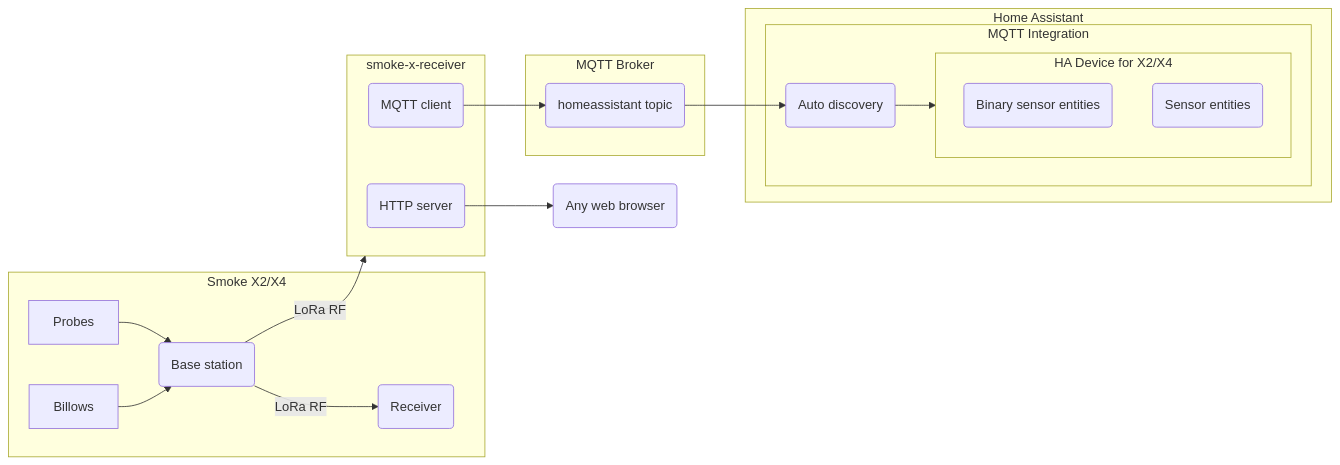
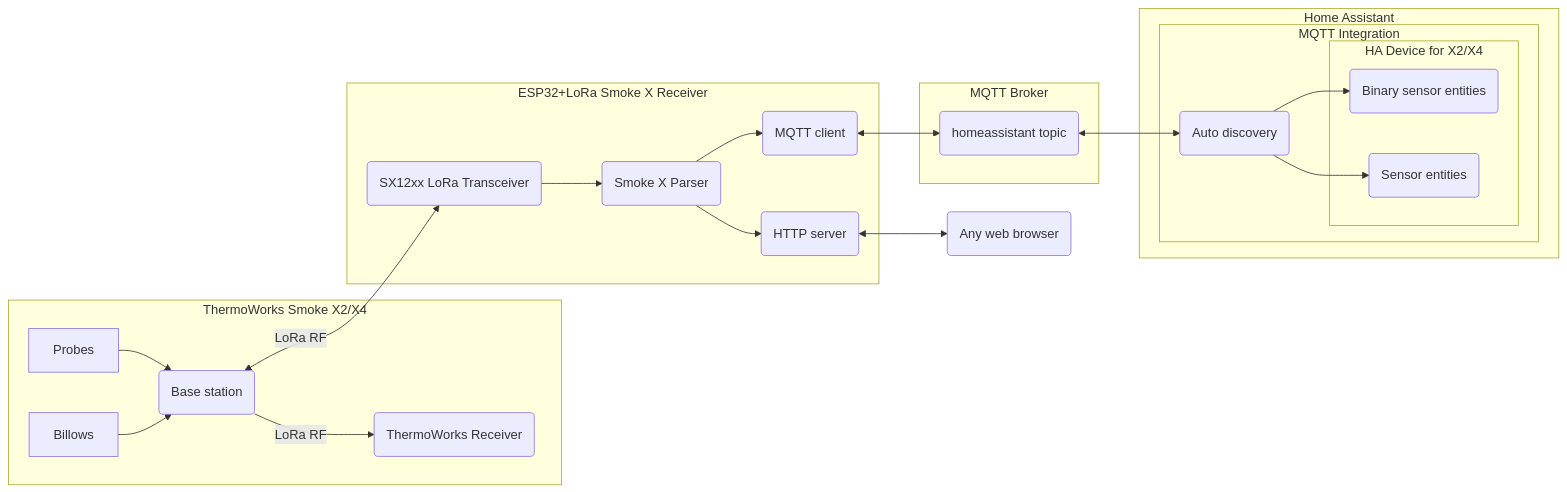
The diagram in README.md (G-Two/smoke-x-receiver), drawn with Mermaid before and after one commit. The commit also changed other lines of this file and 25 other files, not shown here.

````diff
--- a/README.md
+++ b/README.md
@@ -35,35 +36,37 @@
 ```mermaid
 flowchart LR
-  base -->|LoRa RF| esp32
-  mqclient --> mq
-  mq --> ha
-  web --> browser(Any web browser)
+  base <-->|LoRa RF| lora_sx12xx(SX12xx LoRa Transceiver)
+  mqclient <--> mq
+  mq <--> ha
+  web <--> browser(Any web browser)
 
-  subgraph Smoke X2/X4
-    Probes --> base(Base station) -->|LoRa RF| recv(Receiver)
+  subgraph ThermoWorks Smoke X2/X4
+    Probes --> base(Base station) -->|LoRa RF| recv(ThermoWorks Receiver)
     Billows --> base
   end
 
-  subgraph esp32 [smoke-x-receiver]
-    mqclient(MQTT client)
-    web(HTTP server)
+  subgraph esp32 [ESP32+LoRa Smoke X Receiver]
+    lora_sx12xx --> smoke_x_parser(Smoke X Parser)
+    smoke_x_parser --> mqclient(MQTT client)
+    smoke_x_parser --> web(HTTP server)
   end
 
   subgraph mqttb [MQTT Broker]
     mq(homeassistant topic)
   end
 
   subgraph Home Assistant
     mq_int
   end
 
   subgraph ha_dev [HA Device for X2/X4]
     e1(Binary sensor entities)
     e2(Sensor entities)
   end
 
   subgraph mq_int [MQTT Integration]
-    ha(Auto discovery) --> ha_dev
+    ha(Auto discovery) --> e1
+    ha(Auto discovery) --> e2
     ha_dev
   end
 ```
````
